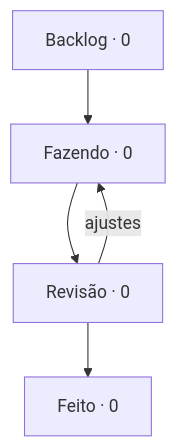
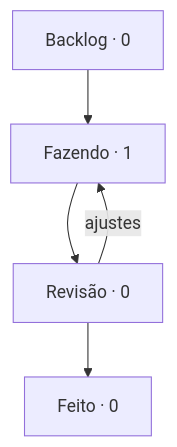
The diagram in boards/geral/BOARD.md (StudioVibi/VibiKanban), drawn with Mermaid before and after one commit. The commit also changed other lines of this file and 2 other files, not shown here.

````diff
--- a/boards/geral/BOARD.md
+++ b/boards/geral/BOARD.md
@@ -5,10 +5,10 @@
 ```mermaid
 flowchart TD
-  backlog["Backlog · 0"] --> doing["Fazendo · 0"]
+  backlog["Backlog · 0"] --> doing["Fazendo · 1"]
   doing --> review["Revisão · 0"]
   review --> done["Feito · 0"]
   review -->|ajustes| doing
   doing:::blue
   review:::yellow
   done:::green
 ```
````
